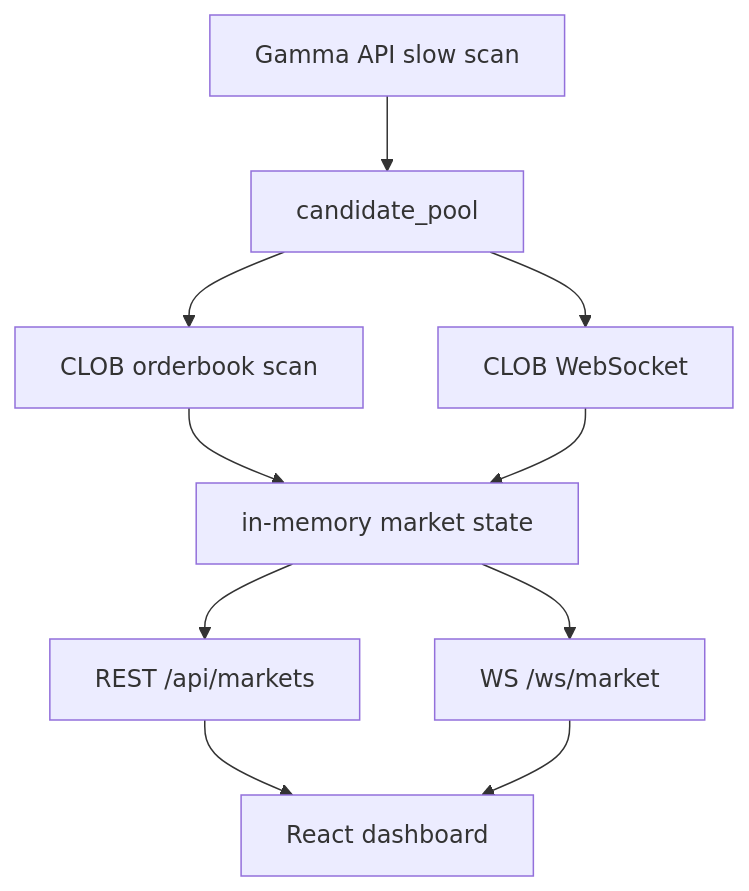
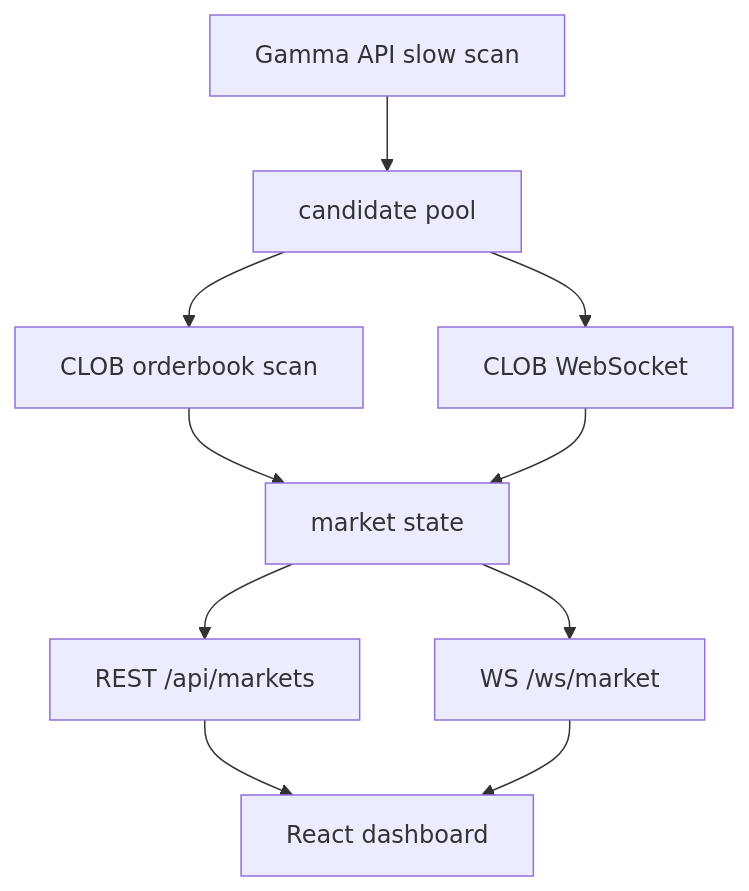
Before and after one commit to nimoolee/polymarket-radar: the diagram in README.md, drawn with Mermaid. The commit also changed other lines of this file and 5 other files, not shown here.

````diff
--- a/README.md
+++ b/README.md
@@ -119,12 +82,12 @@
 ```mermaid
 flowchart TD
-  A["Gamma API slow scan"] --> B["candidate_pool"]
+  A["Gamma API slow scan"] --> B["candidate pool"]
   B --> C["CLOB orderbook scan"]
   B --> D["CLOB WebSocket"]
-  C --> E["in-memory market state"]
+  C --> E["market state"]
   D --> E
   E --> F["REST /api/markets"]
   E --> G["WS /ws/market"]
   F --> H["React dashboard"]
   G --> H
 ```
````
